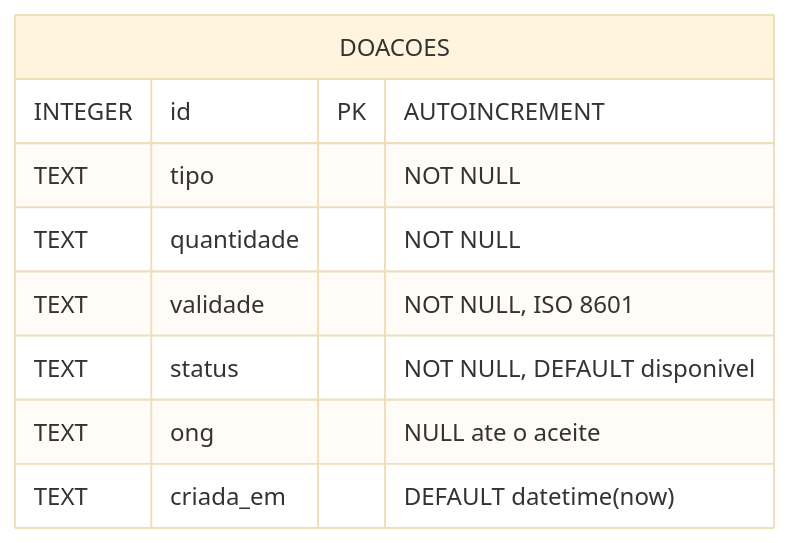
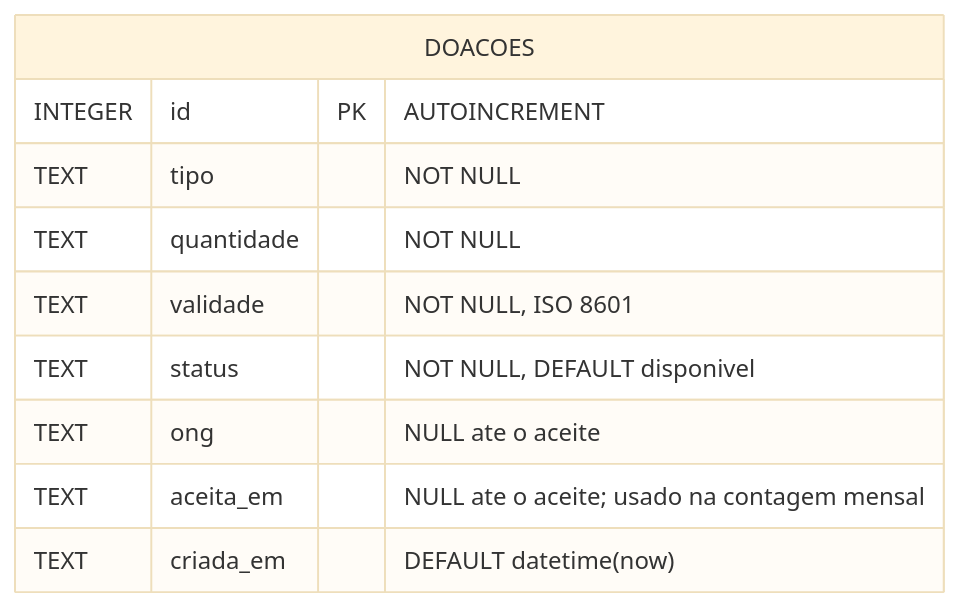
One commit to APD-Agil/g1126-template-prato-cheio changed the first of 3 diagrams in docs/diagramas/dados.md. Above: the diagram before and after it, drawn with Mermaid (base theme). The commit also changed other lines of this file and 12 other files, not shown here.

````diff
--- a/docs/diagramas/dados.md
+++ b/docs/diagramas/dados.md
@@ -9,12 +9,13 @@
 ```mermaid
 erDiagram
     DOACOES {
         INTEGER id PK "AUTOINCREMENT"
         TEXT tipo "NOT NULL"
         TEXT quantidade "NOT NULL"
         TEXT validade "NOT NULL, ISO 8601"
         TEXT status "NOT NULL, DEFAULT disponivel"
         TEXT ong "NULL ate o aceite"
+        TEXT aceita_em "NULL ate o aceite; usado na contagem mensal"
         TEXT criada_em "DEFAULT datetime(now)"
     }
 ```
````
